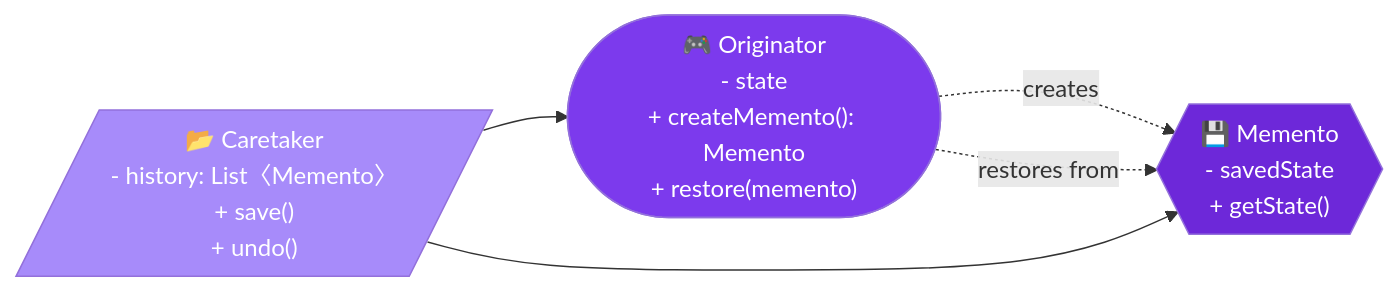
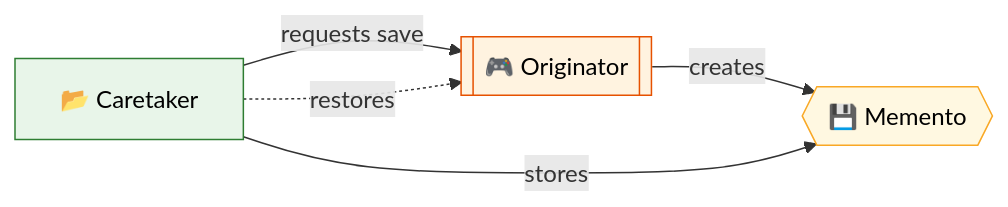
Before and after one commit to saivamsikaruturi/vamsilabs-dev-notes-main: the second of 3 diagrams in docs/designpatterns/behaviouralDesignPatterns/MementoDp.md, drawn with Mermaid. The commit also changed other lines of this file and 42 other files, not shown here.

````diff
--- a/docs/designpatterns/behaviouralDesignPatterns/MementoDp.md
+++ b/docs/designpatterns/behaviouralDesignPatterns/MementoDp.md
@@ -31,15 +30,11 @@
 ```mermaid
 flowchart LR
-    Originator(["🎮 Originator\n- state\n+ createMemento(): Memento\n+ restore(memento)"])
-    Memento{{"💾 Memento\n- savedState\n+ getState()"}}
-    Caretaker[/"📂 Caretaker\n- history: List〈Memento〉\n+ save()\n+ undo()"/]
+    Caretaker["📂 Caretaker"] -->|"requests save"| Originator[["🎮 Originator"]]
+    Originator -->|"creates"| Memento{{"💾 Memento"}}
+    Caretaker -->|"stores"| Memento
+    Caretaker -.->|"restores"| Originator
 
-    Originator -.->|"creates"| Memento
-    Originator -.->|"restores from"| Memento
-    Caretaker --> Memento
-    Caretaker --> Originator
-
-    style Originator fill:#7c3aed,color:#fff
-    style Memento fill:#6d28d9,color:#fff
-    style Caretaker fill:#a78bfa,color:#fff
+    style Caretaker fill:#E8F5E9,stroke:#2E7D32,color:#000
+    style Originator fill:#FFF3E0,stroke:#E65100,color:#000
+    style Memento fill:#FFF8E1,stroke:#F9A825,color:#000
 ```
````
